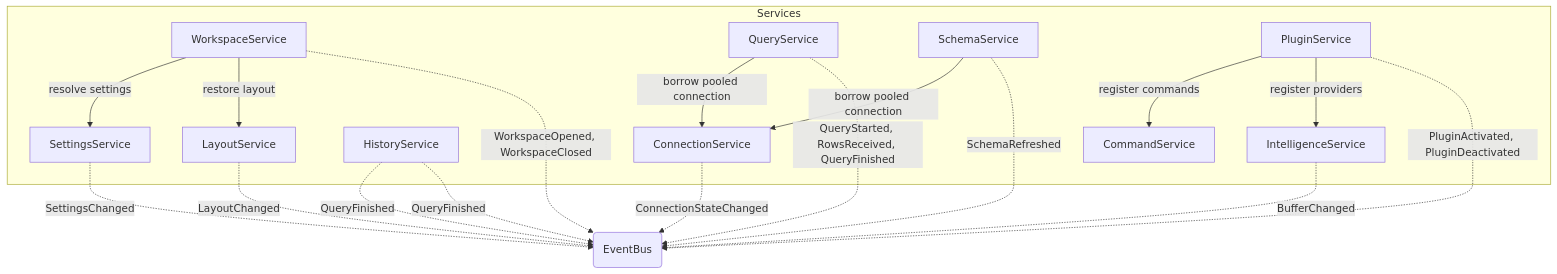
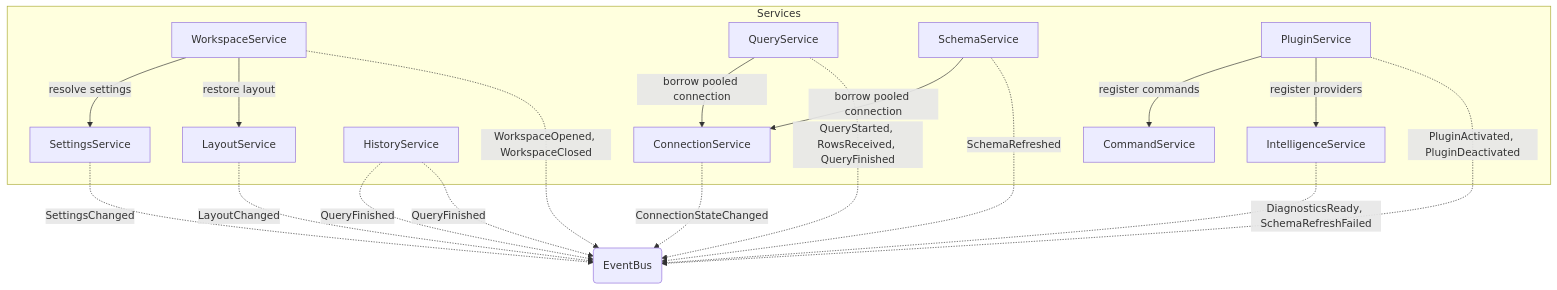
Before and after one commit to mohamad-kanso/Tempr: the first of 2 diagrams in docs/05-services.md, drawn with Mermaid. The commit also changed other lines of this file and 35 other files, not shown here.

````diff
--- a/docs/05-services.md
+++ b/docs/05-services.md
@@ -414,38 +442,38 @@
 ```mermaid
 graph TD
     subgraph Services
         WS[WorkspaceService]
         CS[ConnectionService]
         QS[QueryService]
         SS[SchemaService]
         IS[IntelligenceService]
         HS[HistoryService]
         Cmd[CommandService]
         PS[PluginService]
         Set[SettingsService]
         LS[LayoutService]
     end
 
     Bus(EventBus)
 
     %% Direct-call dependencies (solid)
     QS -->|borrow pooled connection| CS
     SS -->|borrow pooled connection| CS
     WS -->|resolve settings| Set
     WS -->|restore layout| LS
     PS -->|register commands| Cmd
     PS -->|register providers| IS
 
     %% Event-only communication (dashed)
     QS -.->|QueryStarted, RowsReceived, QueryFinished| Bus
     HS -.->|QueryFinished| Bus
     CS -.->|ConnectionStateChanged| Bus
     SS -.->|SchemaRefreshed| Bus
     WS -.->|WorkspaceOpened, WorkspaceClosed| Bus
     PS -.->|PluginActivated, PluginDeactivated| Bus
     Set -.->|SettingsChanged| Bus
     LS -.->|LayoutChanged| Bus
 
     HS -.->|QueryFinished| Bus
-    IS -.->|BufferChanged| Bus
+    IS -.->|DiagnosticsReady, SchemaRefreshFailed| Bus
 ```
````
